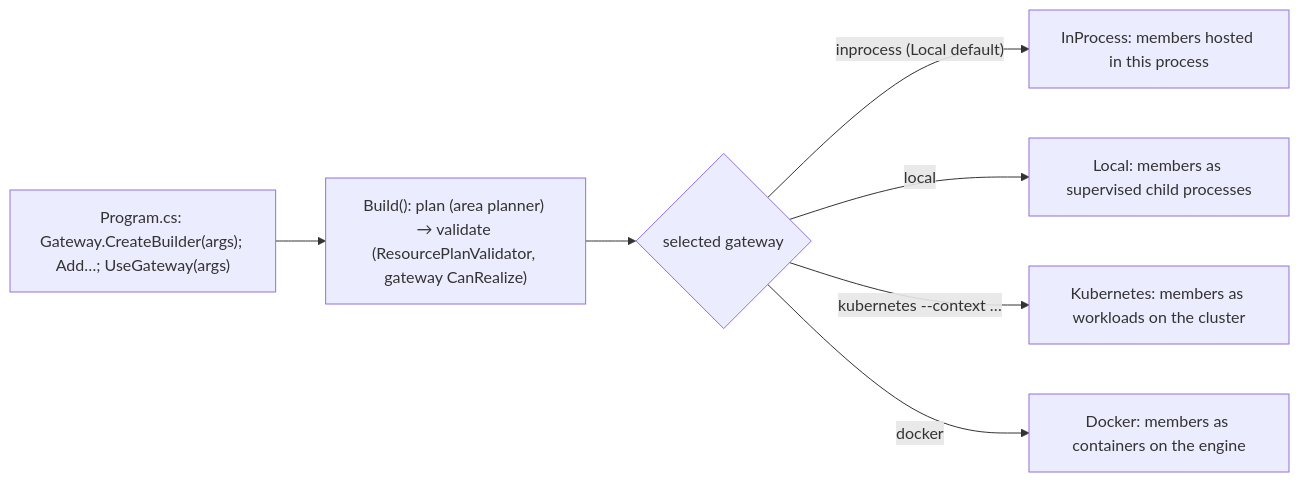
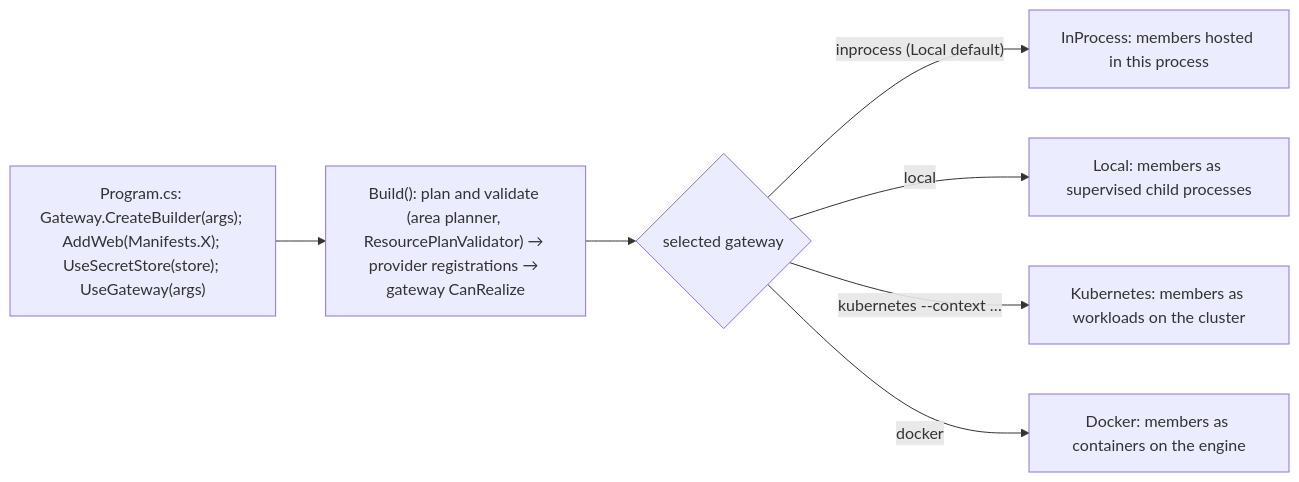
Before and after one commit to assimalign/cohesion: the second of 4 diagrams in docs/APPLICATION_MODEL_BUILD_AND_DEPLOY.md, drawn with Mermaid. The commit also changed other lines of this file and 599 other files, not shown here.

````diff
--- a/docs/APPLICATION_MODEL_BUILD_AND_DEPLOY.md
+++ b/docs/APPLICATION_MODEL_BUILD_AND_DEPLOY.md
@@ -51,9 +70,9 @@
 ```mermaid
 flowchart LR
-    Program["Program.cs: Gateway.CreateBuilder(args); Add…; UseGateway(args)"] --> Build["Build(): plan (area planner) → validate (ResourcePlanValidator, gateway CanRealize)"]
+    Program["Program.cs: Gateway.CreateBuilder(args); AddWeb(Manifests.X); UseSecretStore(store); UseGateway(args)"] --> Build["Build(): plan and validate (area planner, ResourcePlanValidator) → provider registrations → gateway CanRealize"]
     Build --> Select{"selected gateway"}
     Select -->|"inprocess (Local default)"| InProcess["InProcess: members hosted in this process"]
     Select -->|"local"| Local["Local: members as supervised child processes"]
     Select -->|"kubernetes --context …"| K8s["Kubernetes: members as workloads on the cluster"]
     Select -->|"docker"| Docker["Docker: members as containers on the engine"]
 ```
````
